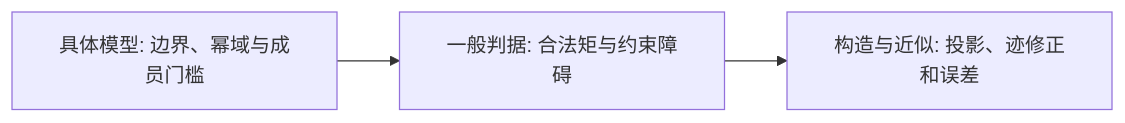
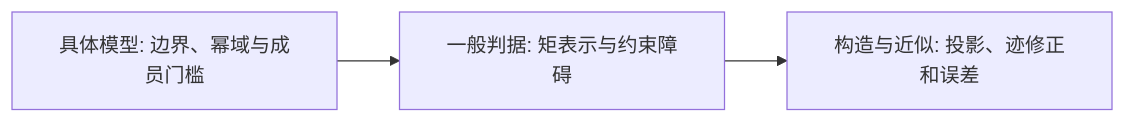
Before and after one commit to xsoc1/math-notes: the diagram in SL谱理论/讲义/项目文档映射表.md, drawn with Mermaid. The commit also changed other lines of this file and 27 other files, not shown here.

````diff
--- a/SL谱理论/讲义/项目文档映射表.md
+++ b/SL谱理论/讲义/项目文档映射表.md
@@ -5,5 +5,5 @@
 ```mermaid
 flowchart LR
- A[具体模型: 边界、幂域与成员门槛] --> B[一般判据: 合法矩与约束障碍]
+ A[具体模型: 边界、幂域与成员门槛] --> B[一般判据: 矩表示与约束障碍]
  B --> C[构造与近似: 投影、迹修正和误差]
 ```
````
